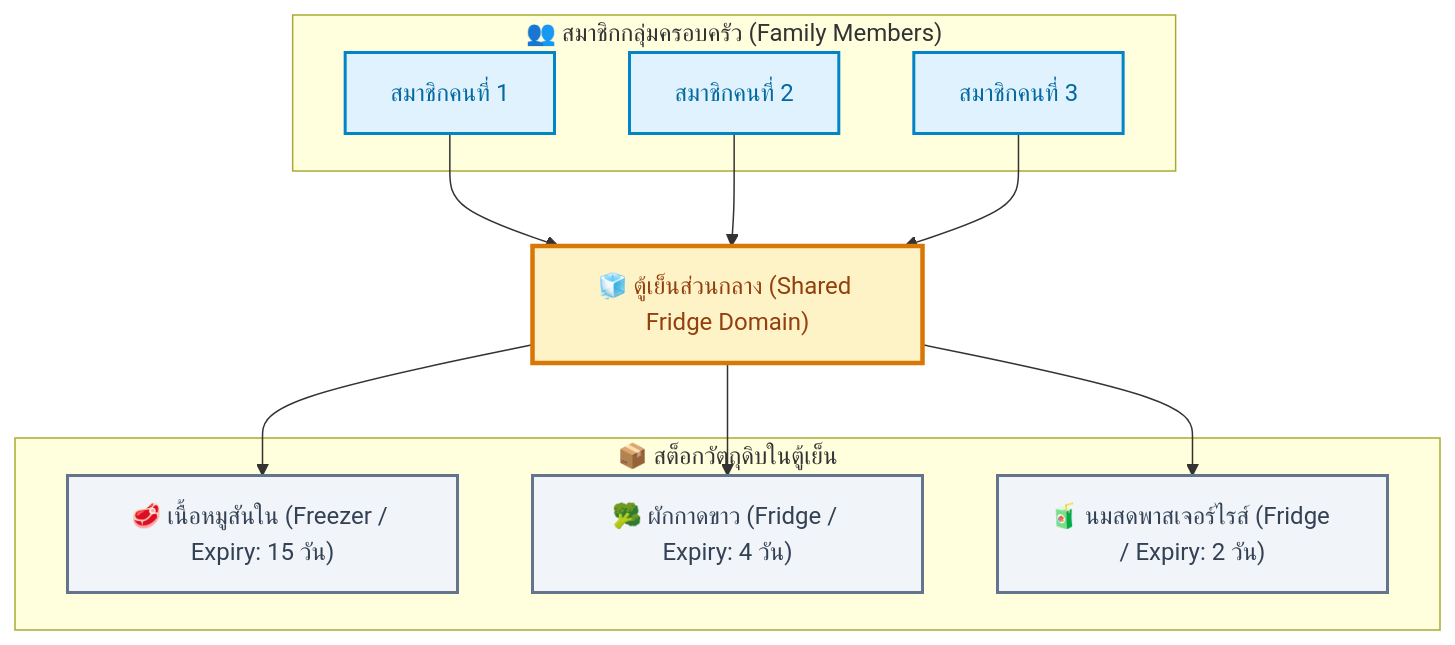
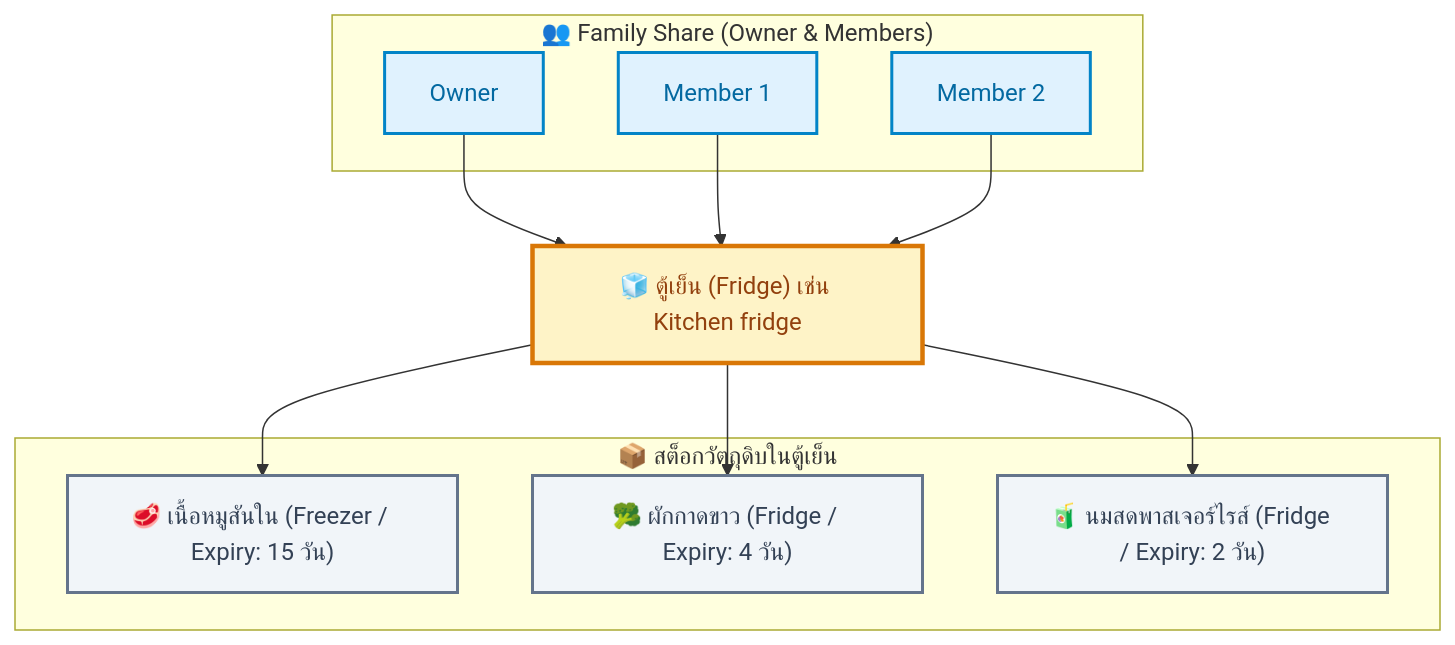
Before and after one commit to Tanabordi/FM-EAA: the second of 4 diagrams in README.md, drawn with Mermaid. The commit also changed other lines of this file, not shown here.

````diff
--- a/README.md
+++ b/README.md
@@ -147,32 +170,32 @@
 ```mermaid
 flowchart TD
-    subgraph FamilyGroup ["👥 สมาชิกกลุ่มครอบครัว (Family Members)"]
-        U1["สมาชิกคนที่ 1"]
-        U2["สมาชิกคนที่ 2"]
-        U3["สมาชิกคนที่ 3"]
+    subgraph FamilyGroup ["👥 Family Share (Owner & Members)"]
+        U1["Owner"]
+        U2["Member 1"]
+        U3["Member 2"]
     end
 
-    SharedFridge["🧊 ตู้เย็นส่วนกลาง (Shared Fridge Domain)"]
+    Fridge["🧊 ตู้เย็น (Fridge) เช่น Kitchen fridge"]
 
     subgraph InventoryStock ["📦 สต็อกวัตถุดิบในตู้เย็น"]
         I1["🥩 เนื้อหมูสันใน (Freezer / Expiry: 15 วัน)"]
         I2["🥦 ผักกาดขาว (Fridge / Expiry: 4 วัน)"]
         I3["🧃 นมสดพาสเจอร์ไรส์ (Fridge / Expiry: 2 วัน)"]
     end
 
-    U1 --> SharedFridge
-    U2 --> SharedFridge
-    U3 --> SharedFridge
+    U1 --> Fridge
+    U2 --> Fridge
+    U3 --> Fridge
 
-    SharedFridge --> I1
-    SharedFridge --> I2
-    SharedFridge --> I3
+    Fridge --> I1
+    Fridge --> I2
+    Fridge --> I3
 
     classDef user fill:#e0f2fe,stroke:#0284c7,stroke-width:2px,color:#0369a1;
     classDef fridge fill:#fef3c7,stroke:#d97706,stroke-width:3px,color:#92400e;
     classDef item fill:#f1f5f9,stroke:#64748b,stroke-width:2px,color:#334155;
 
     class U1,U2,U3 user;
-    class SharedFridge fridge;
+    class Fridge fridge;
     class I1,I2,I3 item;
 ```
````
